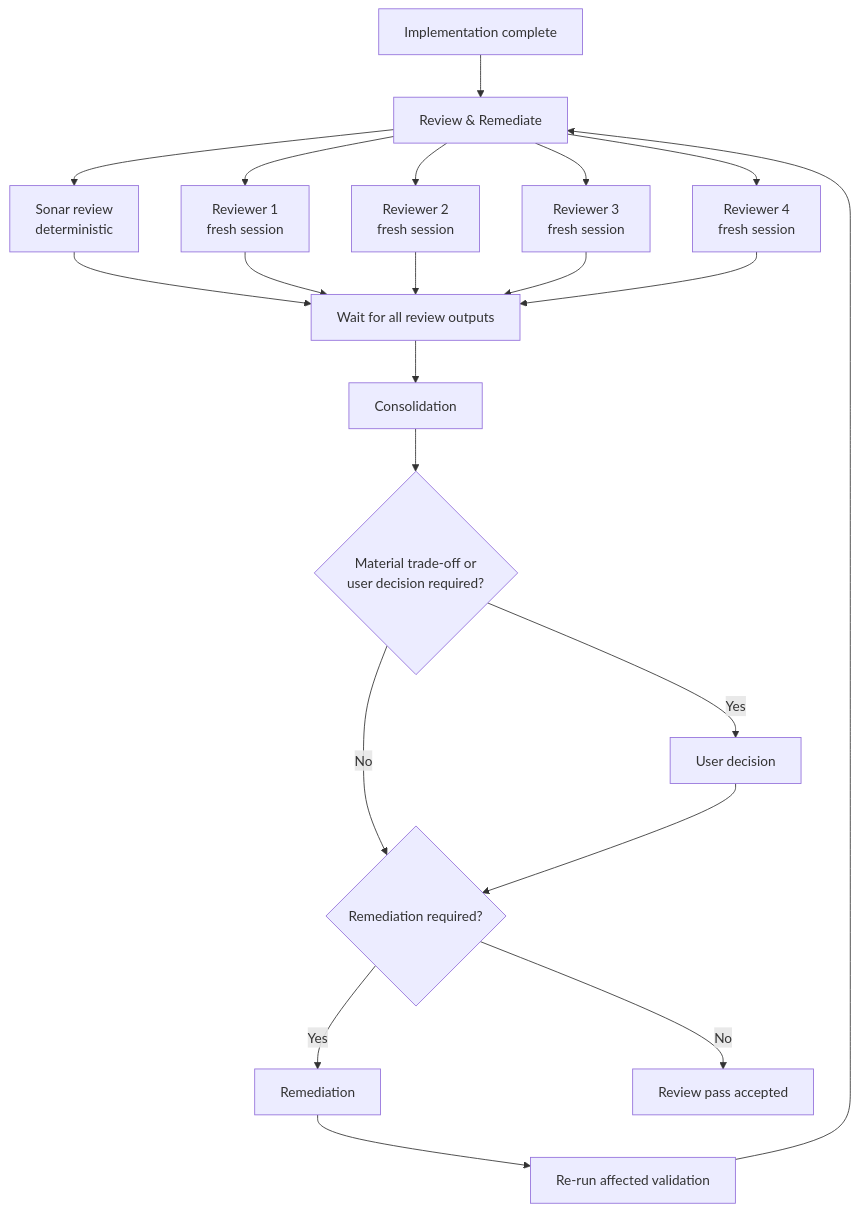
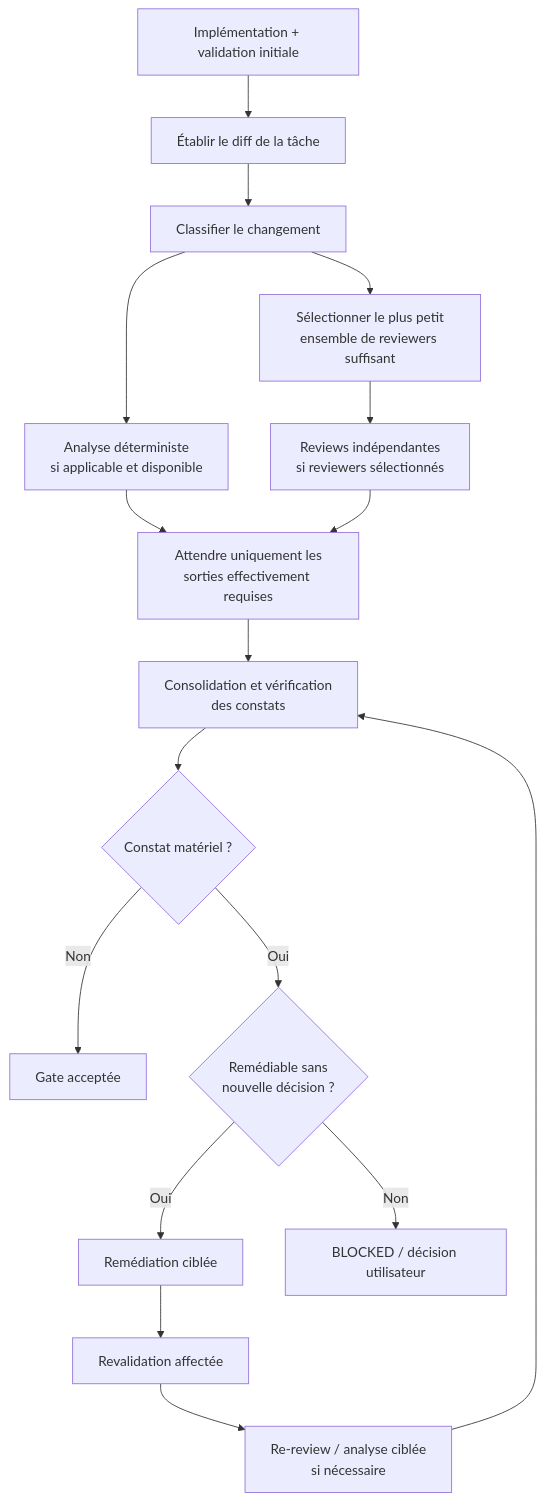
Before and after one commit to Wavell38/ai-assisted-software-engineering-workflow: the diagram in review/REVIEW_AND_REMEDIATION_WORKFLOW.md, drawn with Mermaid. The commit also changed other lines of this file and 11 other files, not shown here.

````diff
--- a/review/REVIEW_AND_REMEDIATION_WORKFLOW.md
+++ b/review/REVIEW_AND_REMEDIATION_WORKFLOW.md
@@ -7,29 +63,26 @@
 ```mermaid
 flowchart TD
-    A[Implementation complete] --> B[Review & Remediate]
+    A[Implémentation + validation initiale] --> B[Établir le diff de la tâche]
+    B --> C[Classifier le changement]
 
-    B --> C[Sonar review<br/>deterministic]
-    B --> D1[Reviewer 1<br/>fresh session]
-    B --> D2[Reviewer 2<br/>fresh session]
-    B --> D3[Reviewer 3<br/>fresh session]
-    B --> D4[Reviewer 4<br/>fresh session]
+    C --> D[Sélectionner le plus petit<br/>ensemble de reviewers suffisant]
+    C --> E[Analyse déterministe<br/>si applicable et disponible]
 
-    C --> E[Wait for all review outputs]
-    D1 --> E
-    D2 --> E
-    D3 --> E
-    D4 --> E
+    D --> F[Reviews indépendantes<br/>si reviewers sélectionnés]
+    E --> G[Attendre uniquement les<br/>sorties effectivement requises]
+    F --> G
 
-    E --> F[Consolidation]
+    G --> H[Consolidation et vérification<br/>des constats]
 
-    F --> G{Material trade-off or<br/>user decision required?}
-    G -->|Yes| H[User decision]
-    G -->|No| I{Remediation required?}
-    H --> I
+    H --> I{Constat matériel ?}
 
-    I -->|Yes| J[Remediation]
-    J --> K[Re-run affected validation]
-    K --> B
+    I -->|Non| J[Gate acceptée]
+    I -->|Oui| K{Remédiable sans<br/>nouvelle décision ?}
 
-    I -->|No| L[Review pass accepted]
+    K -->|Oui| L[Remédiation ciblée]
+    L --> M[Revalidation affectée]
+    M --> N[Re-review / analyse ciblée<br/>si nécessaire]
+    N --> H
+
+    K -->|Non| O[BLOCKED / décision utilisateur]
 ```
````
